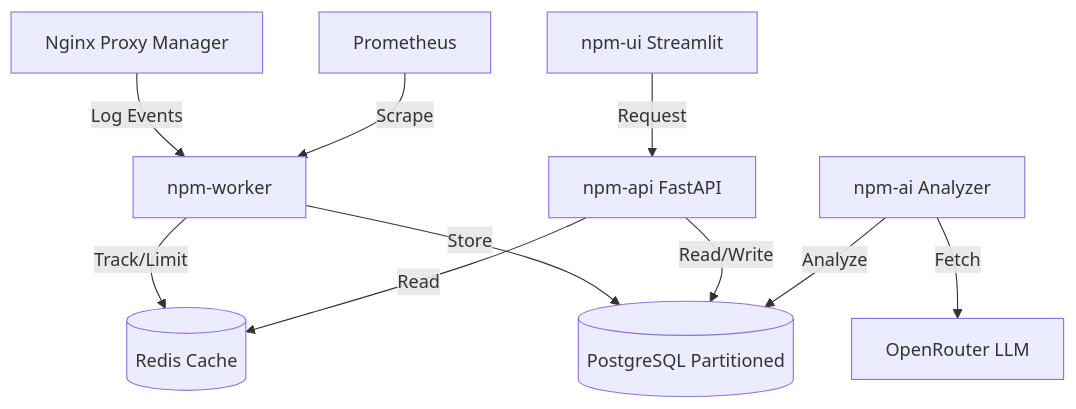
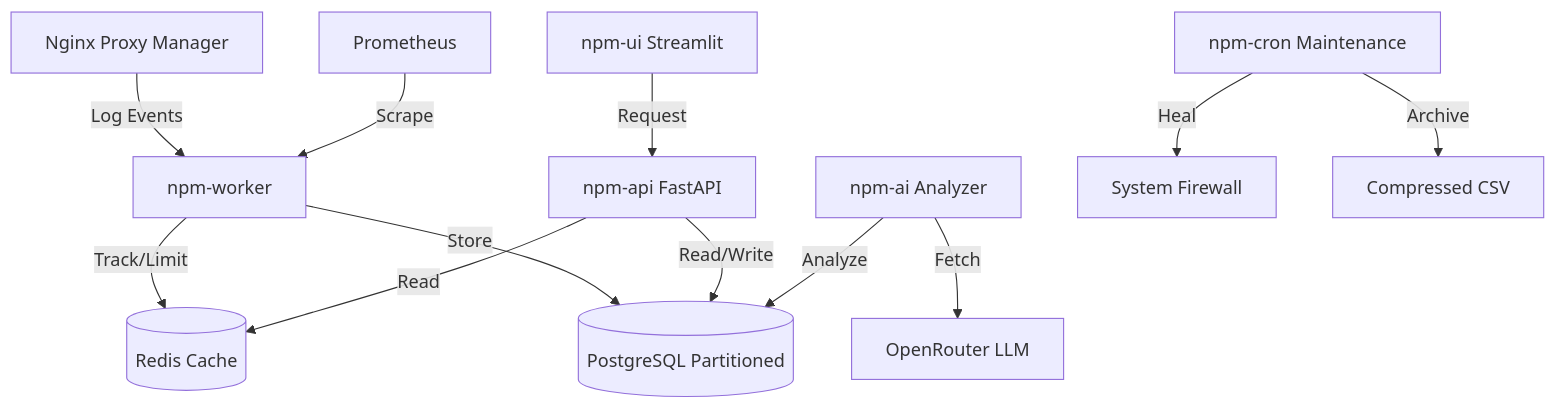
Before and after one commit to scruzzimattia-blip/npm-stats: the diagram in docs/ARCHITECTURE.md, drawn with Mermaid. The commit also changed other lines of this file and 3 other files, not shown here.

````diff
--- a/docs/ARCHITECTURE.md
+++ b/docs/ARCHITECTURE.md
@@ -7,15 +7,18 @@
 ```mermaid
 graph TD
     NPM[Nginx Proxy Manager] -->|Log Events| Worker[npm-worker]
     Worker -->|Track/Limit| Redis[(Redis Cache)]
     Worker -->|Store| DB[(PostgreSQL Partitioned)]
     
     API[npm-api FastAPI] -->|Read/Write| DB
     API -->|Read| Redis
     
     UI[npm-ui Streamlit] -->|Request| API
     AI[npm-ai Analyzer] -->|Analyze| DB
     AI -->|Fetch| OpenRouter[OpenRouter LLM]
     
+    Cron[npm-cron Maintenance] -->|Heal| Firewall[System Firewall]
+    Cron -->|Archive| Storage[Compressed CSV]
+    
     Prometheus[Prometheus] -->|Scrape| Worker
 ```
````
